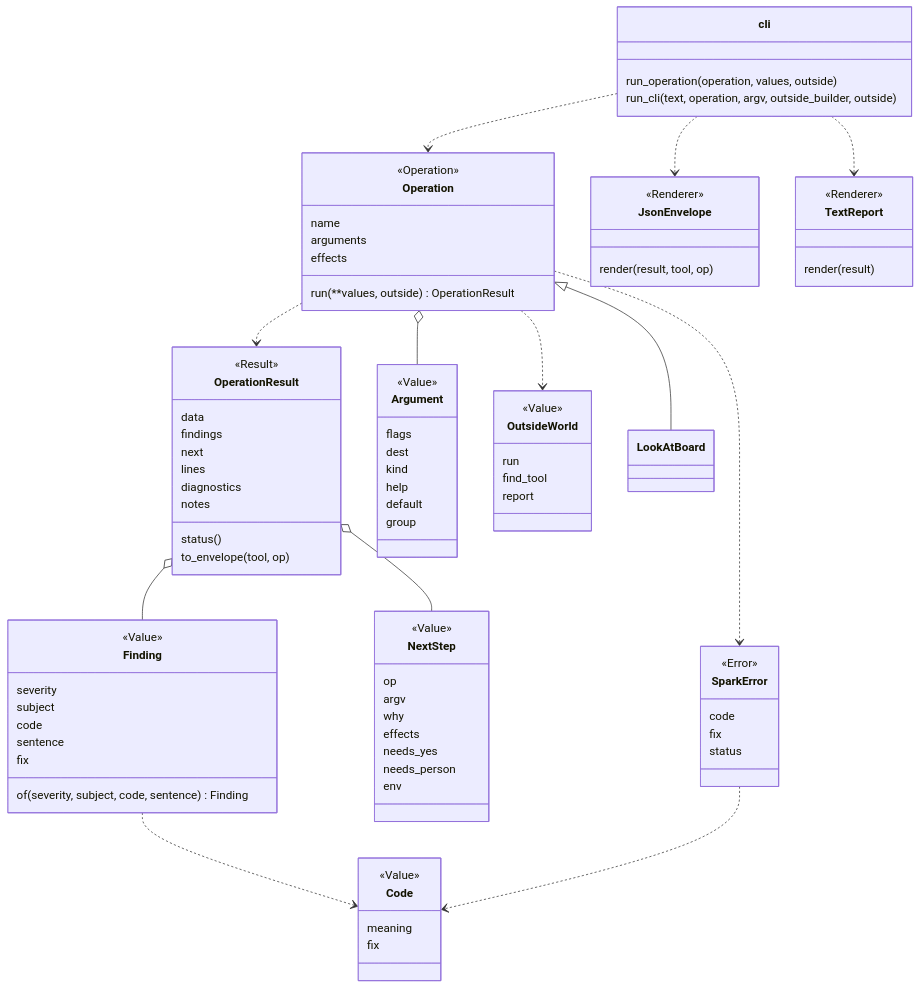
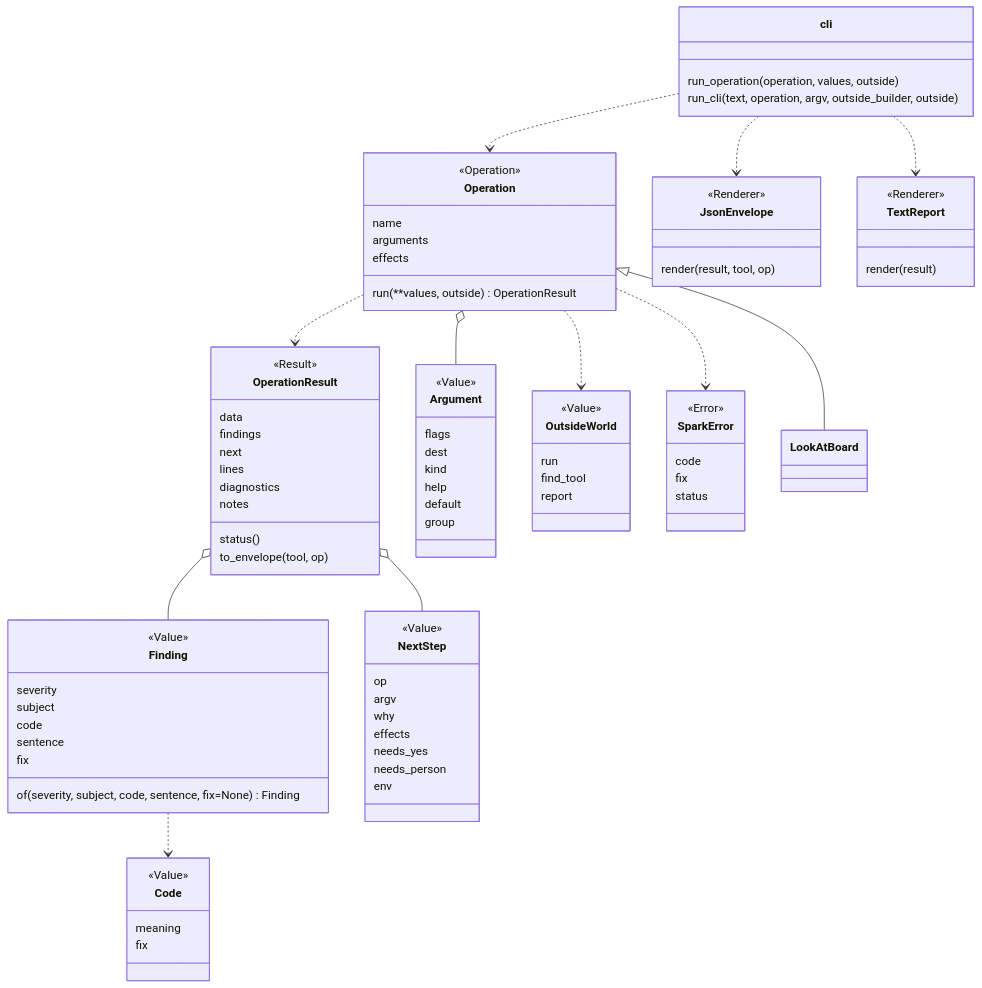
The diagram in docs/guide/patterns-and-names.md (xmejkal/spark), drawn with Mermaid before and after one commit. The commit also changed other lines of this file and 3 other files, not shown here.

```diff
--- a/docs/guide/patterns-and-names.md
+++ b/docs/guide/patterns-and-names.md
@@ -106,7 +108,7 @@
     code
     sentence
     fix
-    of(severity, subject, code, sentence) Finding
+    of(severity, subject, code, sentence, fix=None) Finding
   }
   class Code {
     <<Value>>
@@ -164,7 +166,6 @@
   OperationResult o-- Finding
   OperationResult o-- NextStep
   Finding ..> Code
-  SparkError ..> Code
   cli ..> Operation
   cli ..> JsonEnvelope
   cli ..> TextReport
```
